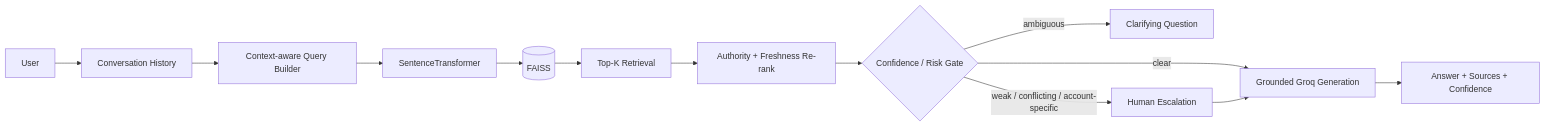
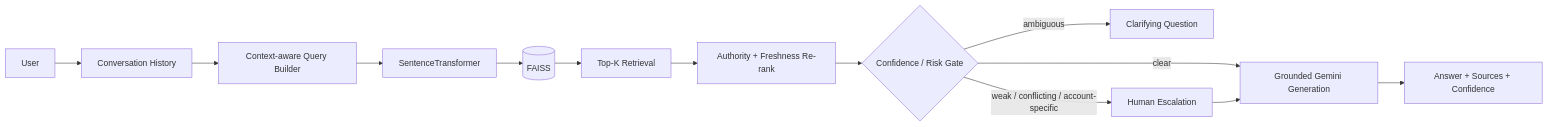
The diagram in README.md (Nuaima/Edversity_Take-Home-Assignment_Nuaima), drawn with Mermaid before and after one commit. The commit also changed other lines of this file, not shown here.

Commit message:
Complete Gemini migration

````diff
--- a/README.md
+++ b/README.md
@@ -23,15 +23,15 @@
 ```mermaid
 flowchart LR
     U[User] --> H[Conversation History]
     H --> Q[Context-aware Query Builder]
     Q --> E[SentenceTransformer]
     E --> V[(FAISS)]
     V --> R[Top-K Retrieval]
     R --> M[Authority + Freshness Re-rank]
     M --> C{Confidence / Risk Gate}
-    C -->|clear| G[Grounded Groq Generation]
+    C -->|clear| G[Grounded Gemini Generation]
     C -->|ambiguous| A[Clarifying Question]
     C -->|weak / conflicting / account-specific| X[Human Escalation]
     X --> G
     G --> O[Answer + Sources + Confidence]
 ```
````
